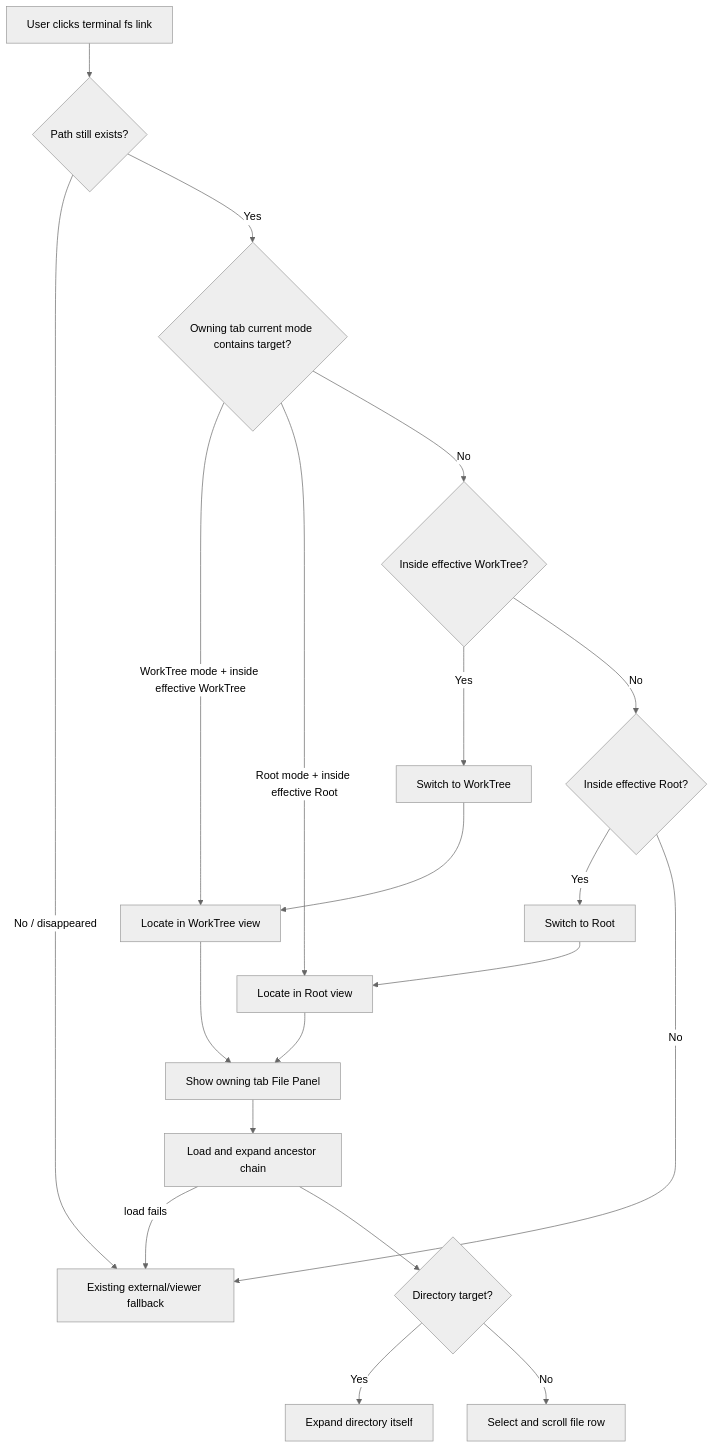
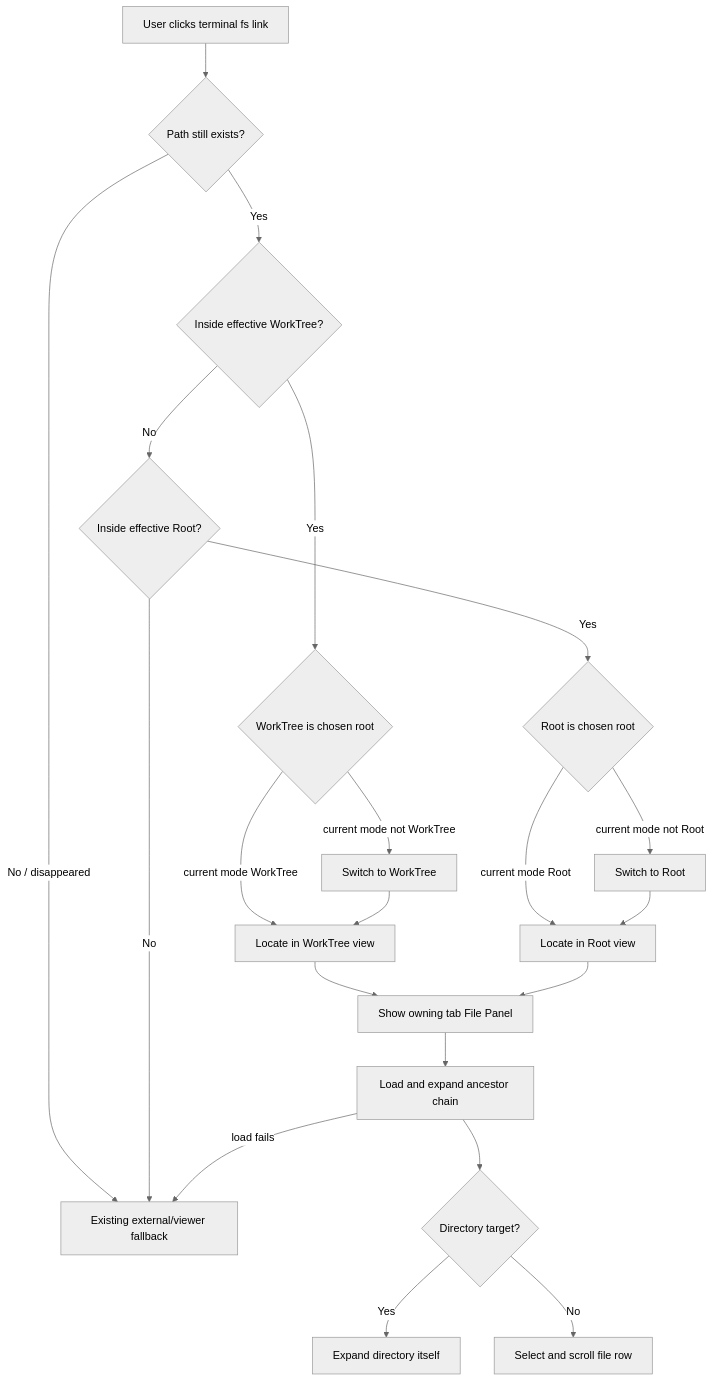
The diagram in docs/features/TERMPRO-F260613053134-Terminal-Path-FilePanel/PRD.md (okteam99/termpro), drawn with Mermaid (neutral theme) before and after one commit. The commit also changed other lines of this file and 12 other files, not shown here.

````diff
--- a/docs/features/TERMPRO-F260613053134-Terminal-Path-FilePanel/PRD.md
+++ b/docs/features/TERMPRO-F260613053134-Terminal-Path-FilePanel/PRD.md
@@ -139,20 +153,21 @@
 ```mermaid
 flowchart TD
   A[User clicks terminal fs link] --> B{Path still exists?}
   B -->|No / disappeared| H[Existing external/viewer fallback]
-  B -->|Yes| C{Owning tab current mode contains target?}
-  C -->|WorkTree mode + inside effective WorkTree| D[Locate in WorkTree view]
-  C -->|Root mode + inside effective Root| E[Locate in Root view]
-  C -->|No| F{Inside effective WorkTree?}
-  F -->|Yes| SW[Switch to WorkTree] --> D
-  F -->|No| G{Inside effective Root?}
-  G -->|Yes| SR[Switch to Root] --> E
-  G -->|No| H[Existing external/viewer fallback]
-  D --> V[Show owning tab File Panel]
-  E --> V
+  B -->|Yes| C{Inside effective WorkTree?}
+  C -->|Yes| D{WorkTree is chosen root}
+  C -->|No| F{Inside effective Root?}
+  F -->|Yes| E{Root is chosen root}
+  F -->|No| H[Existing external/viewer fallback]
+  D -->|current mode WorkTree| DW[Locate in WorkTree view]
+  D -->|current mode not WorkTree| SW[Switch to WorkTree] --> DW
+  E -->|current mode Root| ER[Locate in Root view]
+  E -->|current mode not Root| SR[Switch to Root] --> ER
+  DW --> V[Show owning tab File Panel]
+  ER --> V
   V --> I[Load and expand ancestor chain]
   I -->|load fails| H
   I --> J{Directory target?}
   J -->|Yes| K[Expand directory itself]
   J -->|No| L[Select and scroll file row]
 ```
````
